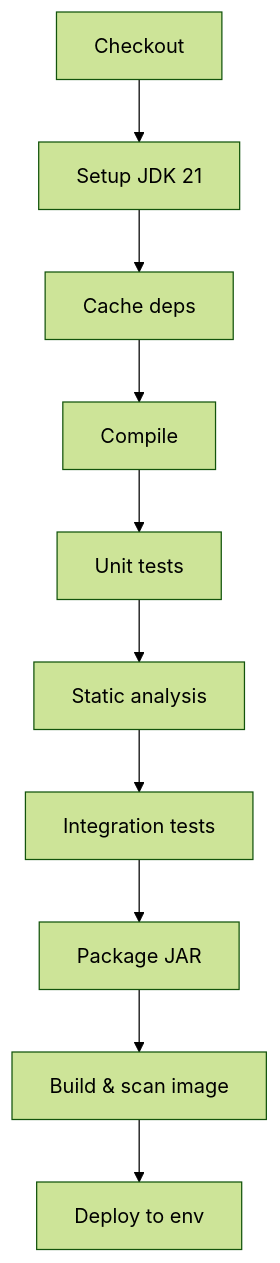
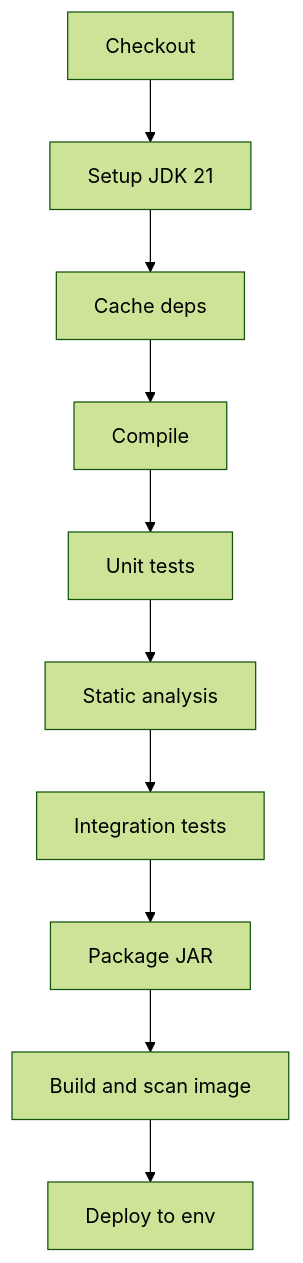
One commit to lostfromlight1/java-handbook changed the first of 2 diagrams in 48-devops-and-deployment/02-ci-cd.md. Above: the diagram before and after it, drawn with Mermaid (forest theme). The commit also changed other lines of this file and 4 other files, not shown here.

````diff
--- a/48-devops-and-deployment/02-ci-cd.md
+++ b/48-devops-and-deployment/02-ci-cd.md
@@ -39,12 +47,12 @@
 ```mermaid
 flowchart TD
   A[Checkout] --> B[Setup JDK 21]
   B --> C[Cache deps]
   C --> D[Compile]
   D --> E[Unit tests]
   E --> F[Static analysis]
   F --> G[Integration tests]
   G --> H[Package JAR]
-  H --> I[Build & scan image]
+  H --> I[Build and scan image]
   I --> J[Deploy to env]
 ```
````
